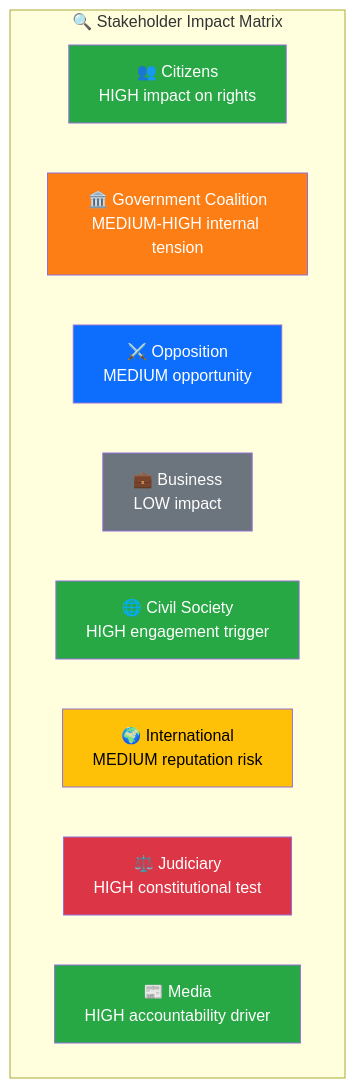
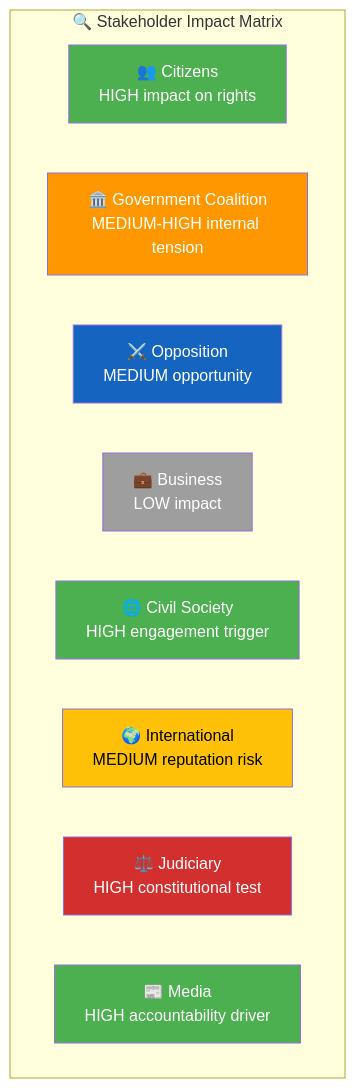
Before and after one commit to Hack23/riksdagsmonitor: the diagram in analysis/daily/2026-04-08/interpellations/swot-analysis.md, drawn with Mermaid. The commit also changed 785 other files, not shown here.

First line of the commit message:
Normalize mermaid colors across 786 analysis artifacts to ISMS Style Guide palette

````diff
--- a/analysis/daily/2026-04-08/interpellations/swot-analysis.md
+++ b/analysis/daily/2026-04-08/interpellations/swot-analysis.md
@@ -87,21 +87,21 @@
 ```mermaid
 graph TD
     subgraph "🔍 Stakeholder Impact Matrix"
         CIT["👥 Citizens<br/>HIGH impact on rights"]
         GOV["🏛️ Government Coalition<br/>MEDIUM-HIGH internal tension"]
         OPP["⚔️ Opposition<br/>MEDIUM opportunity"]
         BIZ["💼 Business<br/>LOW impact"]
         CIV["🌐 Civil Society<br/>HIGH engagement trigger"]
         INT["🌍 International<br/>MEDIUM reputation risk"]
         JUD["⚖️ Judiciary<br/>HIGH constitutional test"]
         MED["📰 Media<br/>HIGH accountability driver"]
     end
-    style CIT fill:#28a745,color:#fff
-    style GOV fill:#fd7e14,color:#fff
-    style OPP fill:#0d6efd,color:#fff
-    style BIZ fill:#6c757d,color:#fff
-    style CIV fill:#28a745,color:#fff
-    style INT fill:#ffc107,color:#000
-    style JUD fill:#dc3545,color:#fff
-    style MED fill:#28a745,color:#fff
+    style CIT fill:#4CAF50,color:#FFFFFF
+    style GOV fill:#FF9800,color:#FFFFFF
+    style OPP fill:#1565C0,color:#FFFFFF
+    style BIZ fill:#9E9E9E,color:#FFFFFF
+    style CIV fill:#4CAF50,color:#FFFFFF
+    style INT fill:#FFC107,color:#000000
+    style JUD fill:#D32F2F,color:#FFFFFF
+    style MED fill:#4CAF50,color:#FFFFFF
 ```
````
